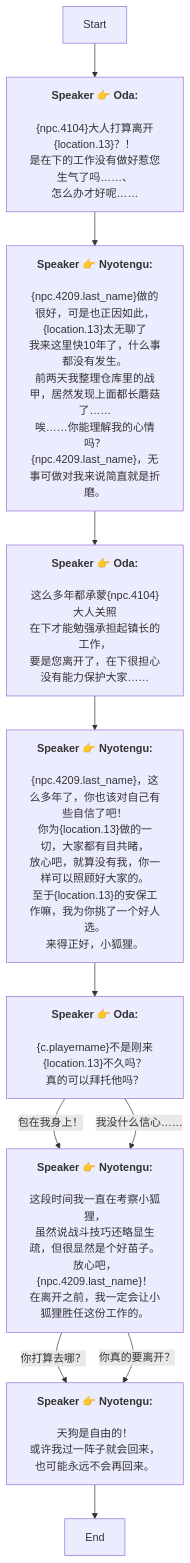
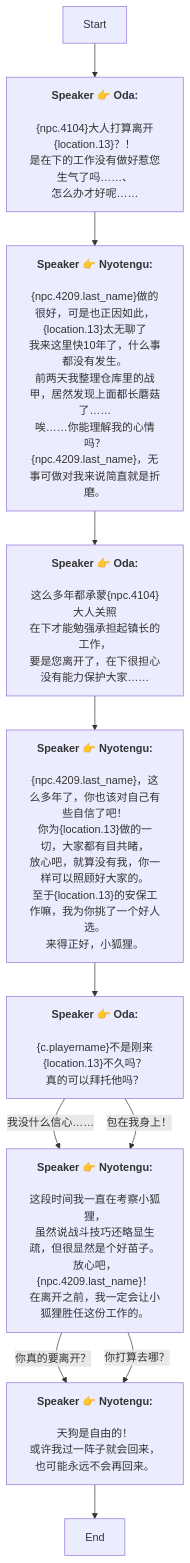
Before and after one commit to SoftHu/tos_avg: the diagram in Zh/QuestStartTalkENode_1770675341680724.md, drawn with Mermaid. The commit also changed other lines of this file and 780 other files, not shown here.

````diff
--- a/Zh/QuestStartTalkENode_1770675341680724.md
+++ b/Zh/QuestStartTalkENode_1770675341680724.md
@@ -1,39 +1,39 @@
 ```mermaid
 graph
 Start -->1770675913451624[<b>Speaker 👉 Oda:</b>
 \n&lbrace;npc.4104&rbrace;大人打算离开&lbrace;location.13&rbrace;？！
 是在下的工作没有做好惹您生气了吗……、
 怎么办才好呢……]
 1770675913451624 -->1770675913453673[<b>Speaker 👉 Nyotengu:</b>
 \n&lbrace;npc.4209.last_name&rbrace;做的很好，可是也正因如此，&lbrace;location.13&rbrace;太无聊了
 我来这里快10年了，什么事都没有发生。\n前两天我整理仓库里的战甲，居然发现上面都长蘑菇了……
 唉……你能理解我的心情吗？\n&lbrace;npc.4209.last_name&rbrace;，无事可做对我来说简直就是折磨。]
 1770675913453673 -->1770675913455722[<b>Speaker 👉 Oda:</b>
 \n这么多年都承蒙&lbrace;npc.4104&rbrace;大人关照
 在下才能勉强承担起镇长的工作，
 要是您离开了，在下很担心没有能力保护大家……]
 1770675913455722 -->1770675913457771[<b>Speaker 👉 Nyotengu:</b>
 \n&lbrace;npc.4209.last_name&rbrace;，这么多年了，你也该对自己有些自信了吧！
 你为&lbrace;location.13&rbrace;做的一切，大家都有目共睹，
 放心吧，就算没有我，你一样可以照顾好大家的。\n至于&lbrace;location.13&rbrace;的安保工作嘛，我为你挑了一个好人选。
 来得正好，小狐狸。]
 1770675913457771 -->1770675913457772[<b>Speaker 👉 Oda:</b>
 \n&lbrace;c.playername&rbrace;不是刚来&lbrace;location.13&rbrace;不久吗？
 真的可以拜托他吗？]
+1770675913457772 -->|我没什么信心……|1770675913461873[<b>Speaker 👉 Nyotengu:</b>
+\n这段时间我一直在考察小狐狸，
+虽然说战斗技巧还略显生疏，但很显然是个好苗子。\n放心吧，&lbrace;npc.4209.last_name&rbrace;！
+在离开之前，我一定会让小狐狸胜任这份工作的。]
 1770675913457772 -->|包在我身上！|1770675913461873[<b>Speaker 👉 Nyotengu:</b>
 \n这段时间我一直在考察小狐狸，
 虽然说战斗技巧还略显生疏，但很显然是个好苗子。\n放心吧，&lbrace;npc.4209.last_name&rbrace;！
 在离开之前，我一定会让小狐狸胜任这份工作的。]
-1770675913457772 -->|我没什么信心……|1770675913461873[<b>Speaker 👉 Nyotengu:</b>
-\n这段时间我一直在考察小狐狸，
-虽然说战斗技巧还略显生疏，但很显然是个好苗子。\n放心吧，&lbrace;npc.4209.last_name&rbrace;！
-在离开之前，我一定会让小狐狸胜任这份工作的。]
-1770675913461873 -->|你打算去哪？|1770675913464950[<b>Speaker 👉 Nyotengu:</b>
+1770675913461873 -->|你真的要离开？|1770675913464950[<b>Speaker 👉 Nyotengu:</b>
 \n天狗是自由的！
 或许我过一阵子就会回来，也可能永远不会再回来。]
-1770675913461873 -->|你真的要离开？|1770675913464950[<b>Speaker 👉 Nyotengu:</b>
+1770675913461873 -->|你打算去哪？|1770675913464950[<b>Speaker 👉 Nyotengu:</b>
 \n天狗是自由的！
 或许我过一阵子就会回来，也可能永远不会再回来。]
 1770675913464950 -->1770675913467000[End]
 
 ```
````
